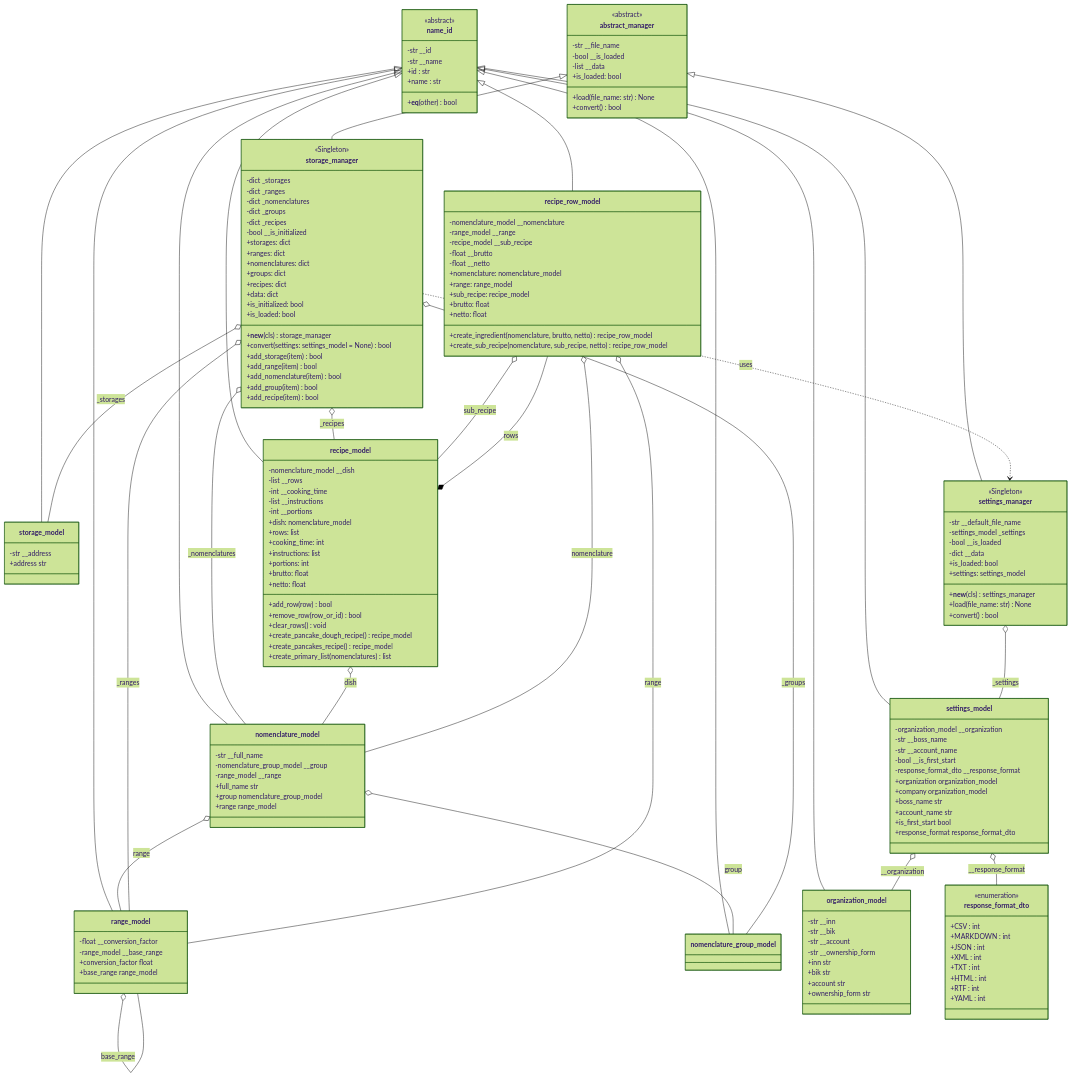
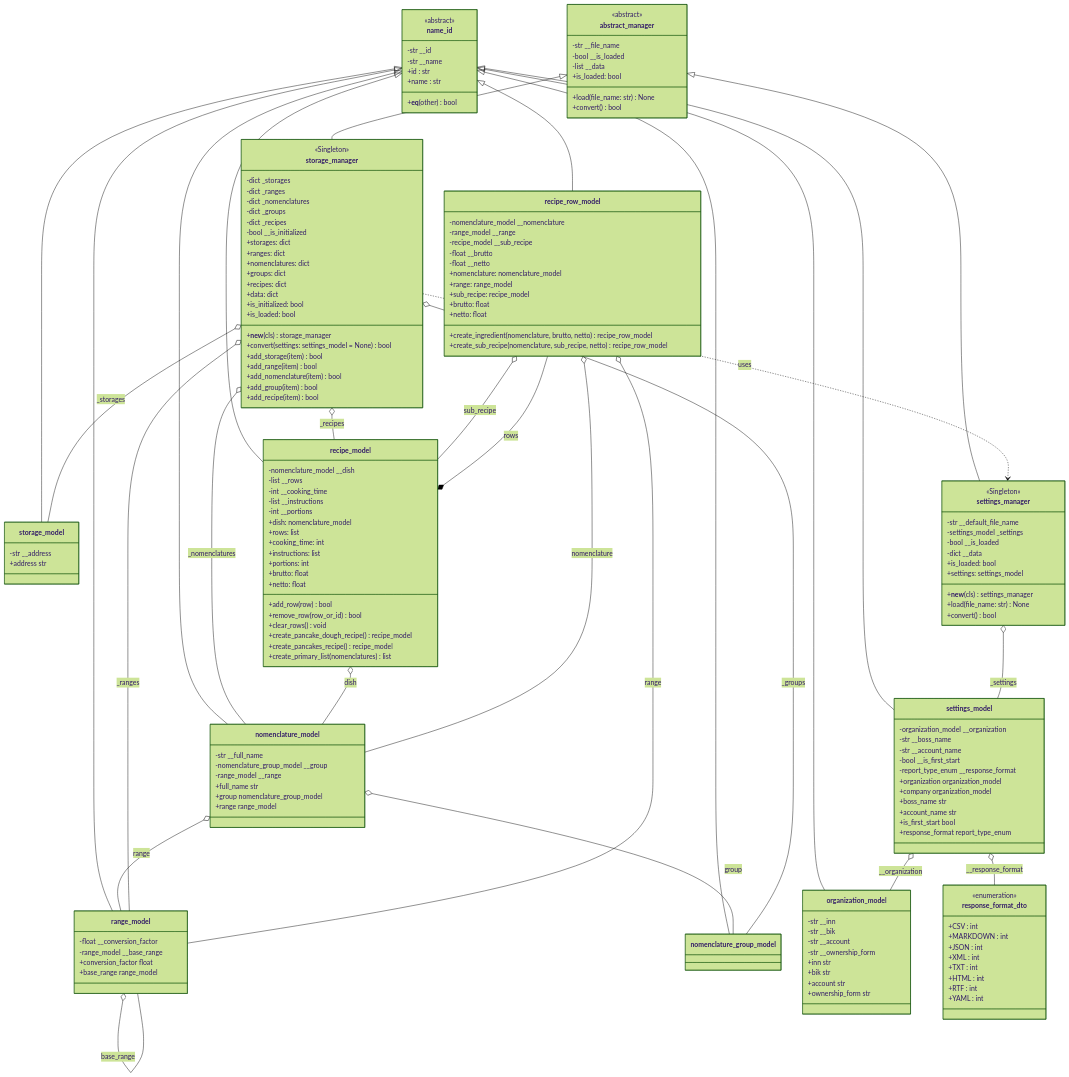
One commit to Turik06/Patterns_Suleymanov changed the diagram in Docs/Architecture.md. Above: the diagram before and after it, drawn with Mermaid (forest theme). The commit also changed 1 other file, not shown here.

Commit message:
update architecture and report factory documentation

```diff
--- a/Docs/Architecture.md
+++ b/Docs/Architecture.md
@@ -53,13 +53,13 @@
         -str __boss_name
         -str __account_name
         -bool __is_first_start
-        -response_format_dto __response_format
+        -report_type_enum __response_format
         +organization organization_model
         +company organization_model
         +boss_name str
         +account_name str
         +is_first_start bool
-        +response_format response_format_dto
+        +response_format report_type_enum
     }
 
     class response_format_dto {
```
